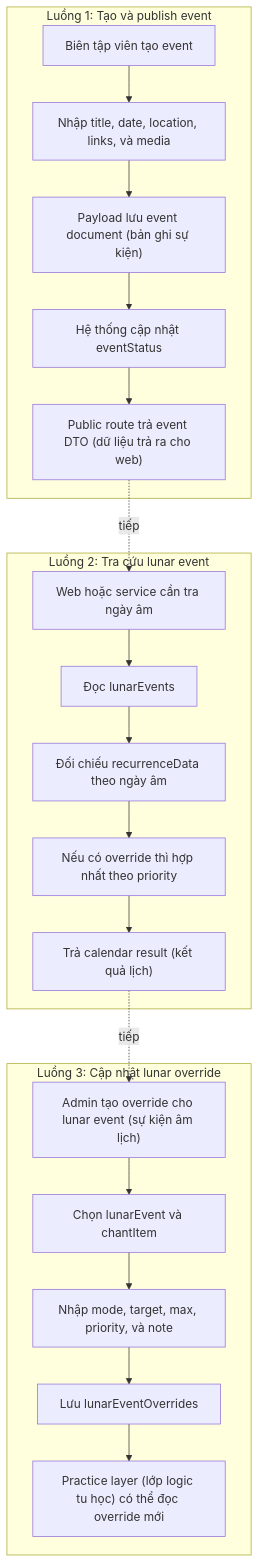
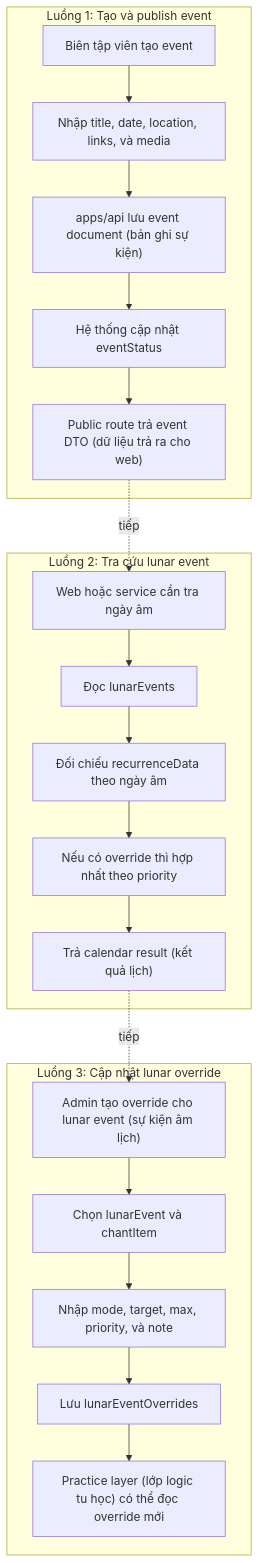
Before and after one commit to QuyenVjp/PMTL_VN: the diagram in design/06-calendar/flows.mmd, drawn with Mermaid. The commit also changed 115 other files, not shown here.

```diff
--- a/design/06-calendar/flows.mmd
+++ b/design/06-calendar/flows.mmd
@@ -1,24 +1,24 @@
 flowchart TD
     subgraph Flow1 ["Luồng 1: Tạo và publish event"]
         L1A["Biên tập viên tạo event"] --> L1B["Nhập title, date, location, links, và media"]
-        L1B --> L1C["Payload lưu event document (bản ghi sự kiện)"]
+        L1B --> L1C["apps/api lưu event document (bản ghi sự kiện)"]
         L1C --> L1D["Hệ thống cập nhật eventStatus"]
         L1D --> L1E["Public route trả event DTO (dữ liệu trả ra cho web)"]
     end
 
     subgraph Flow2 ["Luồng 2: Tra cứu lunar event"]
         L2A["Web hoặc service cần tra ngày âm"] --> L2B["Đọc lunarEvents"]
         L2B --> L2C["Đối chiếu recurrenceData theo ngày âm"]
         L2C --> L2D["Nếu có override thì hợp nhất theo priority"]
         L2D --> L2E["Trả calendar result (kết quả lịch)"]
     end
 
     subgraph Flow3 ["Luồng 3: Cập nhật lunar override"]
         L3A["Admin tạo override cho lunar event (sự kiện âm lịch)"] --> L3B["Chọn lunarEvent và chantItem"]
         L3B --> L3C["Nhập mode, target, max, priority, và note"]
         L3C --> L3D["Lưu lunarEventOverrides"]
         L3D --> L3E["Practice layer (lớp logic tu học) có thể đọc override mới"]
     end
 
     L1E -.->|"tiếp"| L2A
     L2E -.->|"tiếp"| L3A
```
